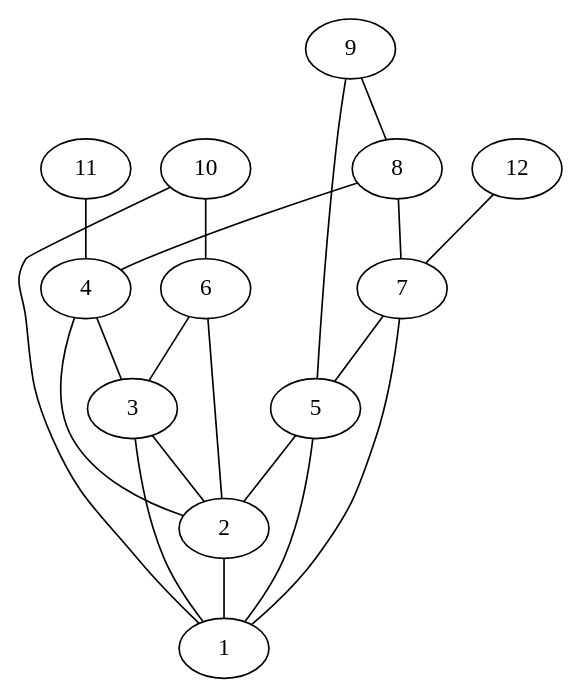
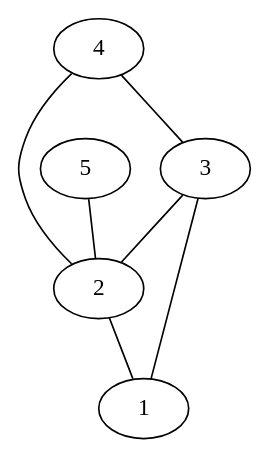
The diagram in config/graph2.dot (felixble/htw-ava-ws16-rumor), drawn with Graphviz before and after one commit. The commit also changed 5 other files, not shown here.

```diff
--- a/config/graph2.dot
+++ b/config/graph2.dot
@@ -1,21 +1,8 @@
 graph G {
 2 -- 1;
 3 -- 2;
+4 -- 3;
+5 -- 2;
+3 -- 1;
 4 -- 2;
-5 -- 2;
-6 -- 2;
-7 -- 5;
-8 -- 7;
-9 -- 5;
-10 -- 1;
-11 -- 4;
-12 -- 7;
-3 -- 1;
-4 -- 3;
-5 -- 1;
-6 -- 3;
-7 -- 1;
-8 -- 4;
-9 -- 8;
-10 -- 6;
 }
```
